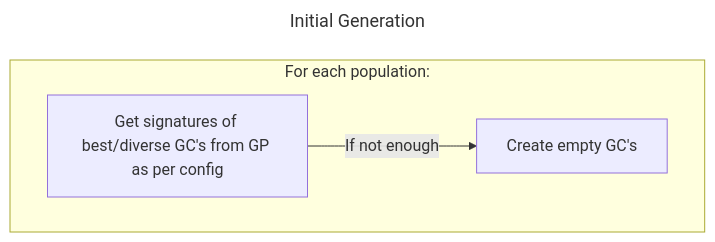
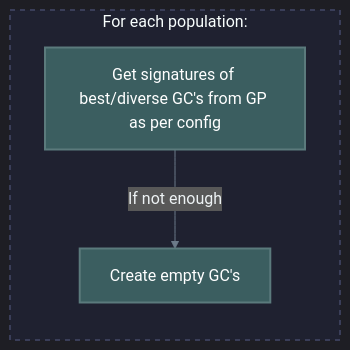
One commit to Shapedsundew9/erasmus-gp changed the third of 5 diagrams in docs/components/worker/workflow.md. Above: the diagram before and after it, drawn with Mermaid. The commit also changed other lines of this file and 21 other files, not shown here.

First line of the commit message:
Enhance Mermaid Diagrams and Color Consistency Across Documentation

````diff
--- a/docs/components/worker/workflow.md
+++ b/docs/components/worker/workflow.md
@@ -56,14 +57,15 @@
 ```mermaid
----
-title: Initial Generation
----
+%%{init: { 'theme': 'dark', 'themeVariables': { 'lineColor': '#6c7a89', 'textColor': '#edf2f4', 'mainBkg': '#2b2d42', 'primaryBorderColor': '#4a4e69' }}}%%
+flowchart TB
+    %% Base/Default (Dark Slate)
+    classDef default fill:#2b2d42,stroke:#4a4e69,stroke-width:2px,color:#edf2f4
+    classDef dataTeal fill:#3b5e60,stroke:#5b7a7c,stroke-width:2px,color:#ffffff
+    classDef zonePrimary fill:#1f2130,stroke:#3a3e59,stroke-width:2px,stroke-dasharray: 5 5
 
-flowchart TB
     subgraph PP["For each population:"]
-        PB["Get signatures of best/diverse GC's from GP as per config"]
-        PB --> |If not enough|CE["Create empty GC's"]
+        direction TB
+        PB["Get signatures of best/diverse GC's from GP as per config"]:::dataTeal
+        PB --> |If not enough|CE["Create empty GC's"]:::dataTeal
     end 
-    classDef lightgrey fill:#888888,stroke:#333,stroke-width:3px
-    classDef red fill:#FF0000,stroke:#333,stroke-width:1px
-    classDef blue fill:#0000FF,stroke:#333,stroke-width:1px
+    class PP zonePrimary
 ```
````
